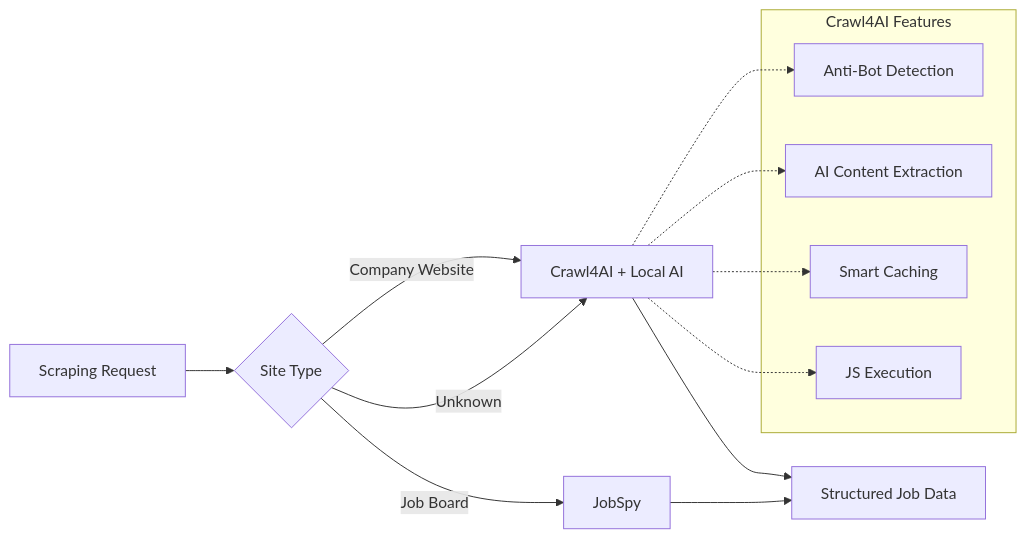
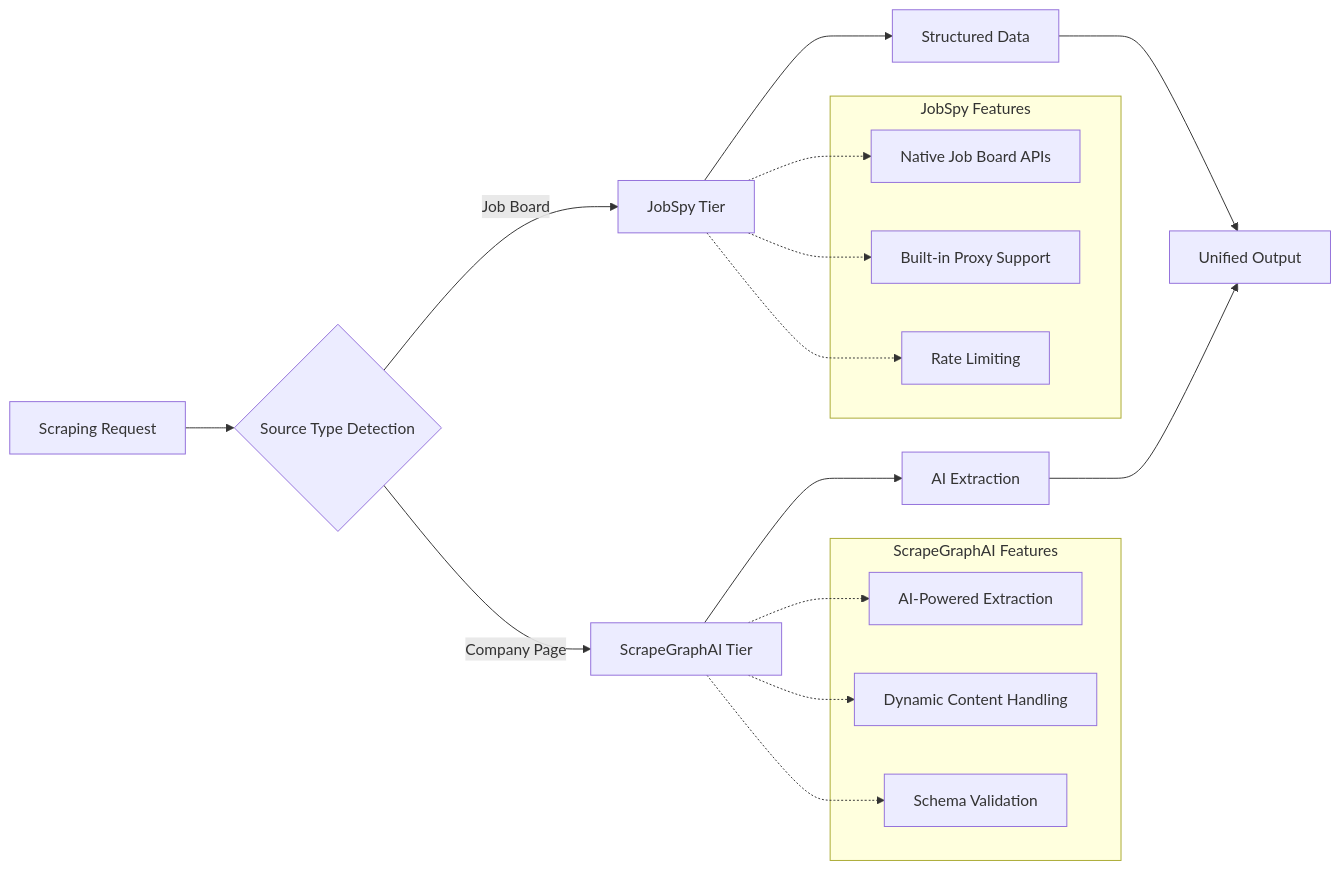
One commit to BjornMelin/ai-job-scraper changed the diagram in docs/adrs/ADR-010-scraping-strategy.md. Above: the diagram before and after it, drawn with Mermaid. The commit also changed other lines of this file and 17 other files, not shown here.

First line of the commit message:
docs: update ADRs for enhanced architecture and implementation strategies

````diff
--- a/docs/adrs/ADR-010-scraping-strategy.md
+++ b/docs/adrs/ADR-010-scraping-strategy.md
@@ -131,22 +185,32 @@
 ```mermaid
 graph LR
-    A[Scraping Request] --> B{Site Type}
-    B -->|Company Website| C[Crawl4AI + Local AI]
-    B -->|Job Board| D[JobSpy]
-    B -->|Unknown| C
+    A[Scraping Request] --> B{Source Type Detection}
+    B -->|Job Board| C[JobSpy Tier]
+    B -->|Company Page| D[ScrapeGraphAI Tier]
     
-    C --> E[Structured Job Data]
-    D --> E
+    C --> E[Structured Data]
+    D --> F[AI Extraction]
     
-    subgraph "Crawl4AI Features"
-        F[Anti-Bot Detection]
-        G[AI Content Extraction]  
-        H[Smart Caching]
-        I[JS Execution]
+    E --> G[Unified Output]
+    F --> G
+    
+    subgraph "JobSpy Features"
+        H[Native Job Board APIs]
+        I[Built-in Proxy Support]
+        J[Rate Limiting]
     end
     
-    C -.-> F
-    C -.-> G
+    subgraph "ScrapeGraphAI Features"
+        K[AI-Powered Extraction]
+        L[Dynamic Content Handling]
+        M[Schema Validation]
+    end
+    
     C -.-> H
     C -.-> I
+    C -.-> J
+    
+    D -.-> K
+    D -.-> L
+    D -.-> M
 ```
````
